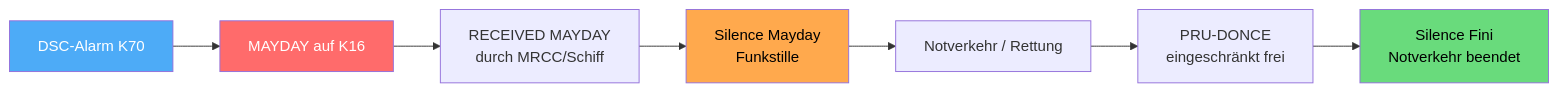
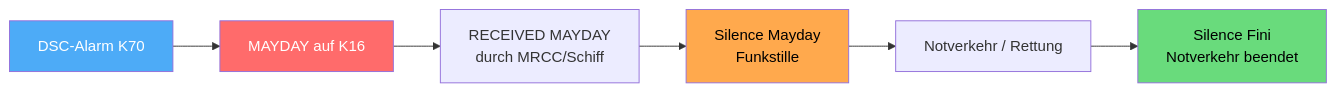
Before and after one commit to maaxhe/notes.maximleopold.com: the fourth of 4 diagrams in content/Funkkurs/SRC/Funkkurs — Notverfahren & Funkschema (alle Fälle).md, drawn with Mermaid. The commit also changed other lines of this file and 25 other files, not shown here.

````diff
--- a/content/Funkkurs/SRC/Funkkurs — Notverfahren & Funkschema (alle Fälle).md
+++ b/content/Funkkurs/SRC/Funkkurs — Notverfahren & Funkschema (alle Fälle).md
@@ -295,13 +246,12 @@
 ```mermaid
 flowchart LR
-    A[DSC-Alarm K70] --> B[MAYDAY auf K16]
-    B --> C[RECEIVED MAYDAY<br/>durch MRCC/Schiff]
-    C --> D[Silence Mayday<br/>Funkstille]
-    D --> E[Notverkehr / Rettung]
-    E --> F[PRU-DONCE<br/>eingeschränkt frei]
-    F --> G[Silence Fini<br/>Notverkehr beendet]
-    style A fill:#4dabf7,color:#fff
-    style B fill:#ff6b6b,color:#fff
-    style D fill:#ffa94d,color:#000
-    style G fill:#69db7c,color:#000
+ A[DSC-Alarm K70] --> B[MAYDAY auf K16]
+ B --> C[RECEIVED MAYDAY<br/>durch MRCC/Schiff]
+ C --> D[Silence Mayday<br/>Funkstille]
+ D --> E[Notverkehr / Rettung]
+ E --> G[Silence Fini<br/>Notverkehr beendet]
+ style A fill:#4dabf7,color:#fff
+ style B fill:#ff6b6b,color:#fff
+ style D fill:#ffa94d,color:#000
+ style G fill:#69db7c,color:#000
 ```
````
